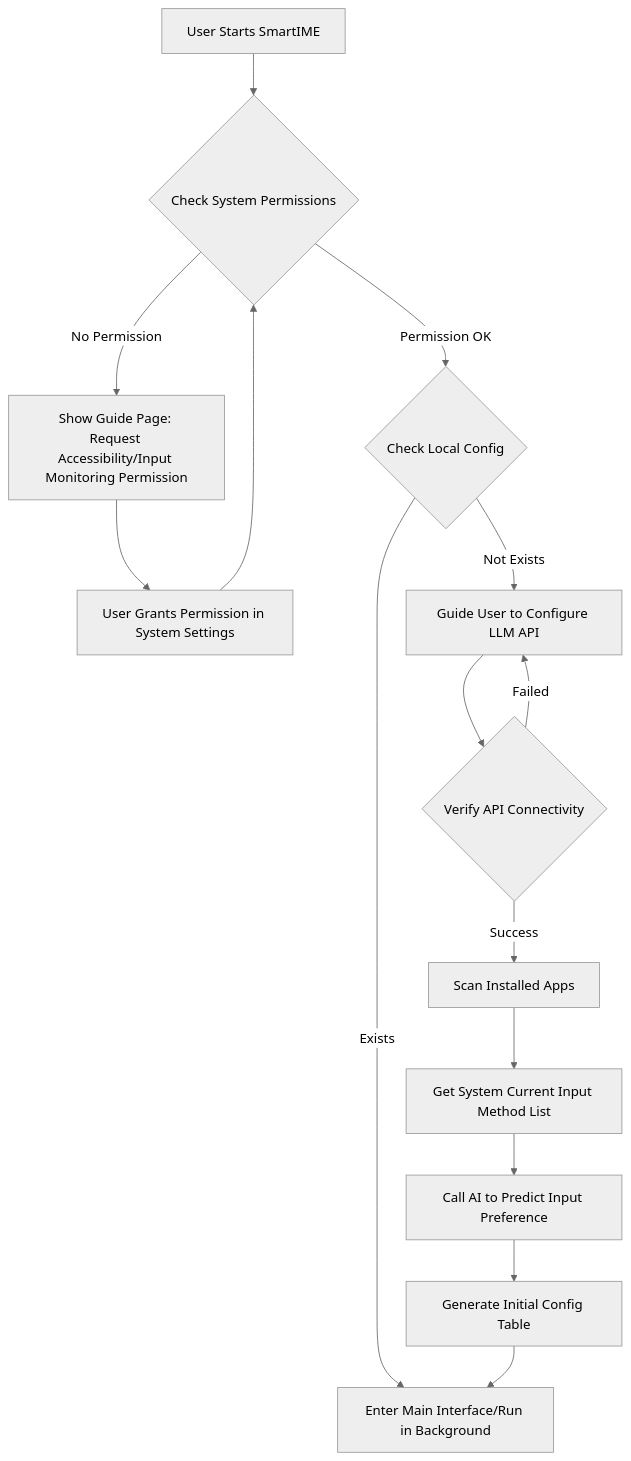
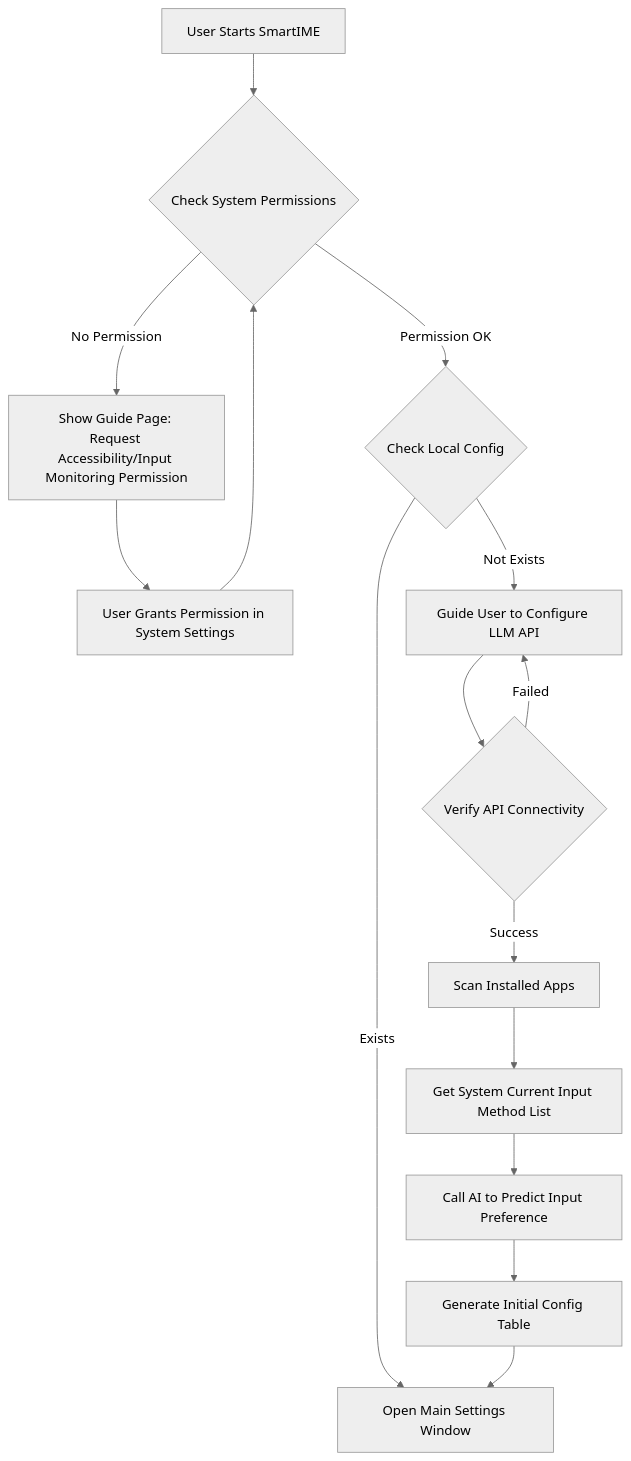
The first of 3 diagrams in REQUIREMENTS.md (SummerLiu95/SmartIME), drawn with Mermaid (neutral theme) before and after one commit. The commit also changed other lines of this file and 1 other file, not shown here.

First line of the commit message:
docs: update technical spec and requirements for main window flow

````diff
--- a/REQUIREMENTS.md
+++ b/REQUIREMENTS.md
@@ -17,17 +17,17 @@
 ```mermaid
 graph TD
     A[User Starts SmartIME] --> B{Check System Permissions}
     B -- No Permission --> C[Show Guide Page: Request Accessibility/Input Monitoring Permission]
     C --> D[User Grants Permission in System Settings]
     D --> B
     B -- Permission OK --> E{Check Local Config}
-    E -- Exists --> F[Enter Main Interface/Run in Background]
+    E -- Exists --> F[Open Main Settings Window]
     E -- Not Exists --> J[Guide User to Configure LLM API]
     J --> K{Verify API Connectivity}
     K -- Failed --> J
     K -- Success --> G[Scan Installed Apps]
     G --> L[Get System Current Input Method List]
     L --> H[Call AI to Predict Input Preference]
     H --> I[Generate Initial Config Table]
     I --> F
 ```
````
